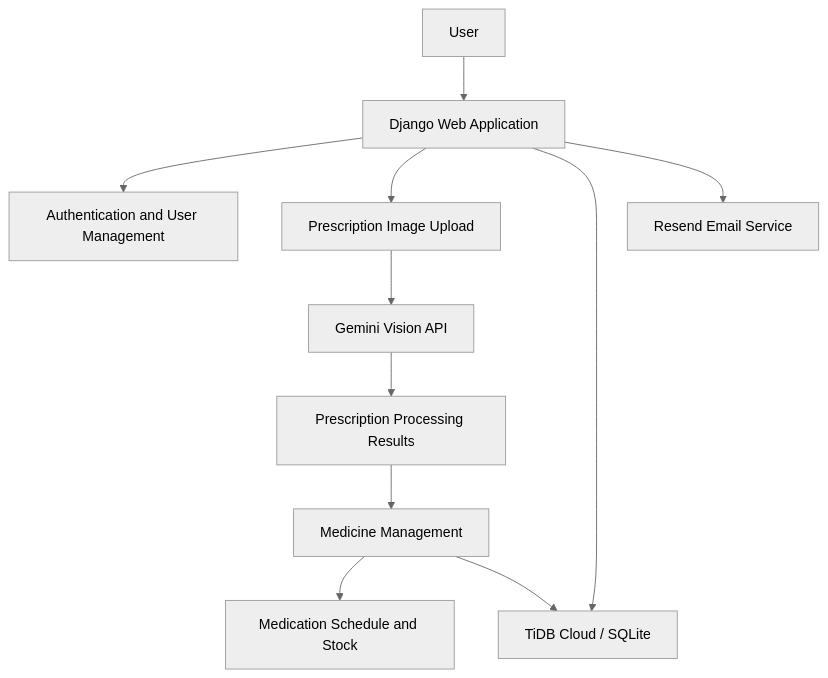
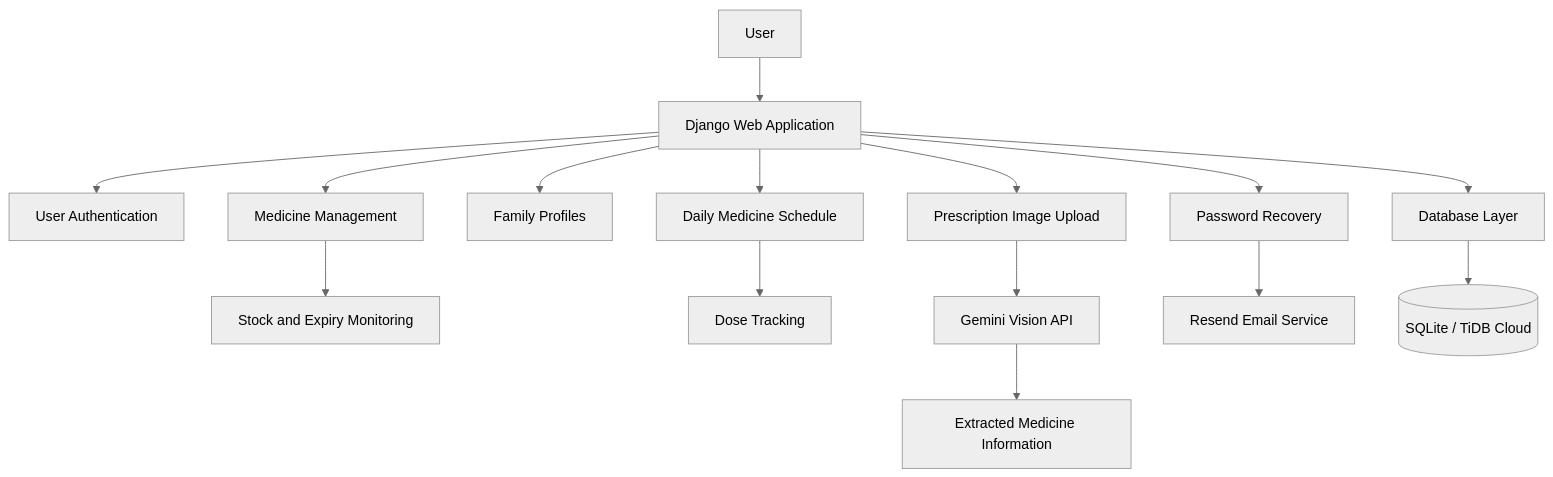
Before and after one commit to ShaikhVaiz/medismart-ai: the diagram in README.md, drawn with Mermaid (neutral theme). The commit also changed other lines of this file, not shown here.

````diff
--- a/README.md
+++ b/README.md
@@ -425,13 +130,22 @@
 ```mermaid
 flowchart TD
     A[User] --> B[Django Web Application]
-    B --> C[Authentication and User Management]
-    B --> D[Prescription Image Upload]
-    D --> E[Gemini Vision API]
-    E --> F[Prescription Processing Results]
-    F --> G[Medicine Management]
-    G --> H[Medication Schedule and Stock]
-    B --> I[TiDB Cloud / SQLite]
-    G --> I
-    B --> J[Resend Email Service]
+
+    B --> C[User Authentication]
+    B --> D[Medicine Management]
+    B --> E[Family Profiles]
+    B --> F[Daily Medicine Schedule]
+
+    D --> G[Stock and Expiry Monitoring]
+    F --> H[Dose Tracking]
+
+    B --> I[Prescription Image Upload]
+    I --> J[Gemini Vision API]
+    J --> K[Extracted Medicine Information]
+
+    B --> L[Password Recovery]
+    L --> M[Resend Email Service]
+
+    B --> N[Database Layer]
+    N --> O[(SQLite / TiDB Cloud)]
 ```
````
